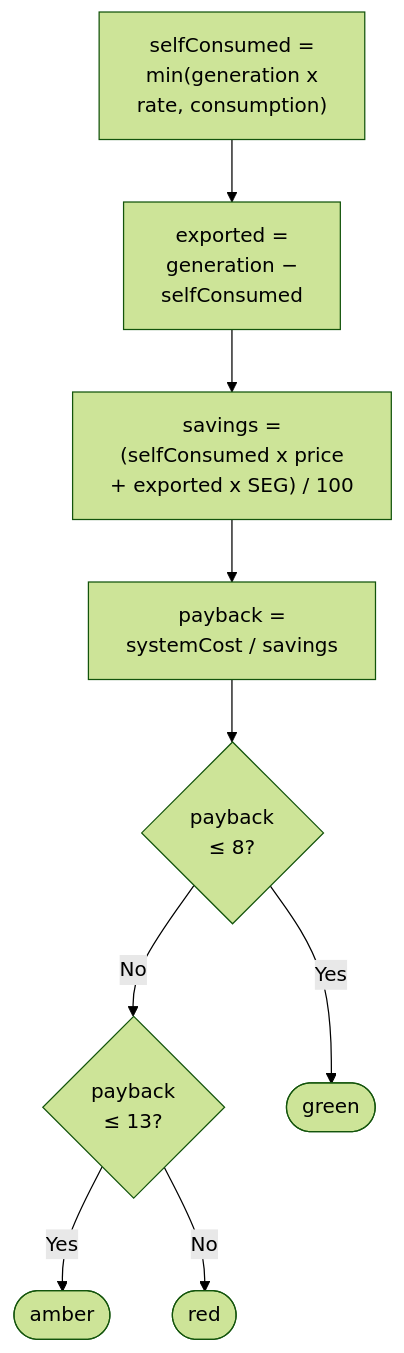
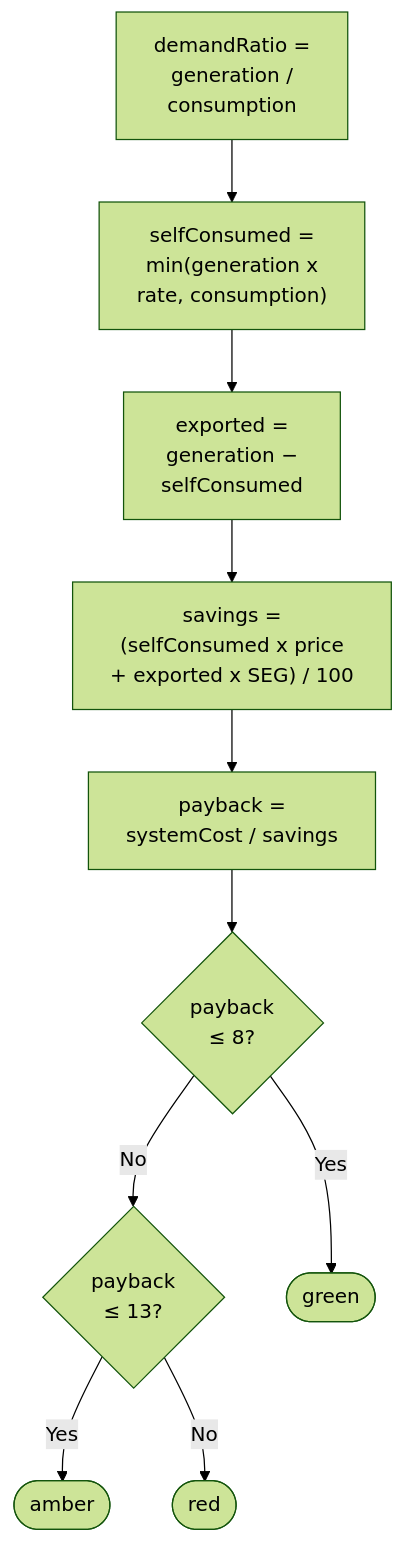
The seventh of 7 diagrams in projects/sunnysideup/docs/calculation-logic.md (spallavi-stack/shubha-pm-portfolio), drawn with Mermaid (forest theme) before and after one commit. The commit also changed other lines of this file and 5 other files, not shown here.

````diff
--- a/projects/sunnysideup/docs/calculation-logic.md
+++ b/projects/sunnysideup/docs/calculation-logic.md
@@ -314,21 +314,23 @@
 ```mermaid
 flowchart TD
+  F0["demandRatio =<br/>generation /<br/>consumption"]
   F1["selfConsumed =<br/>min(generation x<br/>rate, consumption)"]
   F2["exported =<br/>generation −<br/>selfConsumed"]
   F3["savings =<br/>(selfConsumed x price<br/>+ exported x SEG) / 100"]
   F4["payback =<br/>systemCost / savings"]
   F5{"payback<br/>≤ 8?"}
   F6{"payback<br/>≤ 13?"}
   Green(["green"])
   Amber(["amber"])
   Red(["red"])
 
+  F0 --> F1
   F1 --> F2
   F2 --> F3
   F3 --> F4
   F4 --> F5
   F5 -->|Yes| Green
   F5 -->|No| F6
   F6 -->|Yes| Amber
   F6 -->|No| Red
 ```
````
